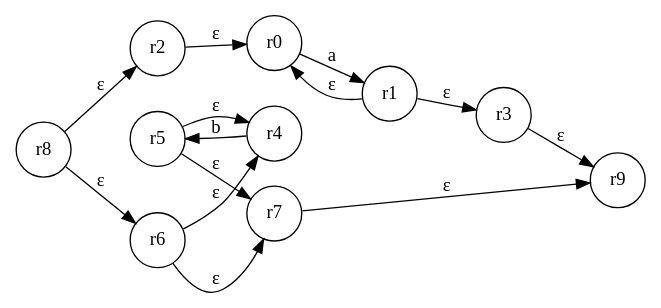
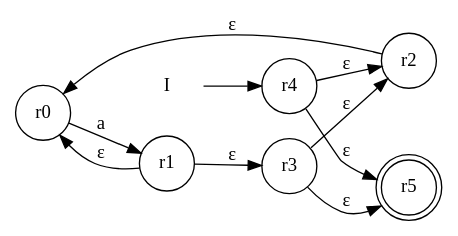
The diagram in practica02_autom/salida.gv (iangelmx/Parsers), drawn with Graphviz before and after one commit. The commit also changed 6 other files, not shown here.

```diff
--- a/practica02_autom/salida.gv
+++ b/practica02_autom/salida.gv
@@ -1,17 +1,12 @@
 digraph AFN{
 rankdir = LR;
 node [shape = "circle"];
-r0 -> r1 [label="a"];
+r0 -> r1 [label="a", peripheries="4"];
 r1 -> r0 [label="&epsilon;"];
 r1 -> r3 [label="&epsilon;"];
 r2 -> r0 [label="&epsilon;"];
-r3 -> r9 [label="&epsilon;"];
-r4 -> r5 [label="b"];
-r5 -> r4 [label="&epsilon;"];
-r5 -> r7 [label="&epsilon;"];
-r6 -> r4 [label="&epsilon;"];
-r6 -> r7 [label="&epsilon;"];
-r7 -> r9 [label="&epsilon;"];
-r8 -> r2 [label="&epsilon;"];
-r8 -> r6 [label="&epsilon;"];
-}
+r3 -> r2 [label="&epsilon;"];
+r3 -> r5 [label="&epsilon;", peripheries="4"];
+r4 -> r2 [label="&epsilon;"];
+r4 -> r5 [label="&epsilon;", peripheries="4"];
+r5 [shape=doublecircle];I [shape="plaintext"]I ->r4}
```
